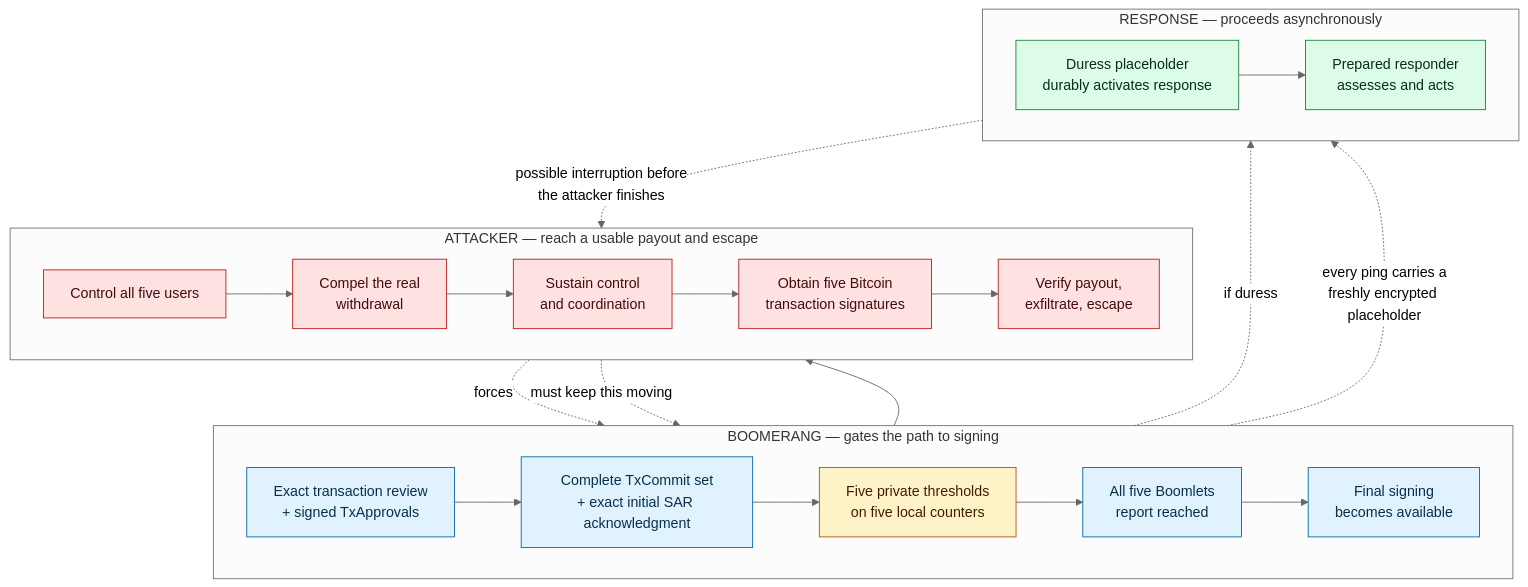
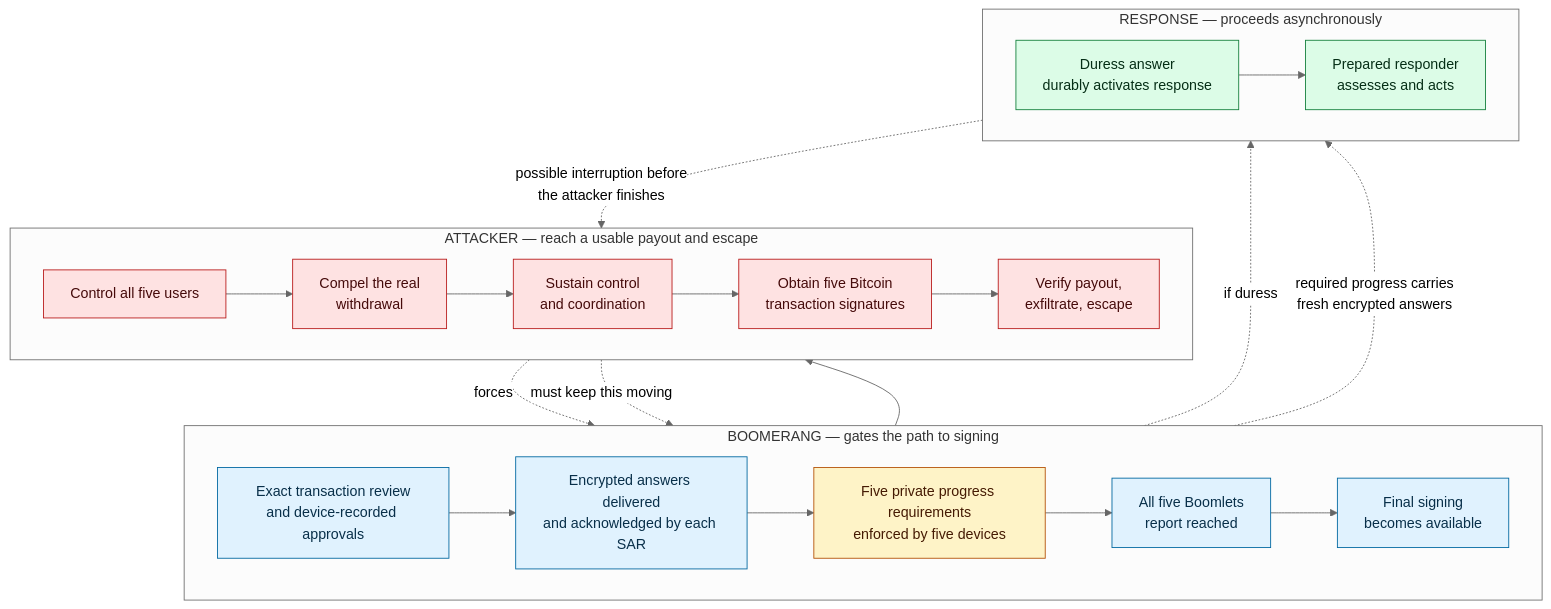
Before and after one commit to cogwheel26/boomerang_design: the first of 6 diagrams in README.md, drawn with Mermaid (neutral theme). The commit also changed other lines of this file, not shown here.

````diff
--- a/README.md
+++ b/README.md
@@ -57,39 +95,39 @@
 ```mermaid
 flowchart TB
     subgraph ATT["ATTACKER — reach a usable payout and escape"]
         direction LR
         A1["Control all five users"] --> A2["Compel the real<br/>withdrawal"]
         A2 --> A3["Sustain control<br/>and coordination"]
         A3 --> A4["Obtain five Bitcoin<br/>transaction signatures"]
         A4 --> A5["Verify payout,<br/>exfiltrate, escape"]
     end
 
     subgraph PRO["BOOMERANG — gates the path to signing"]
         direction LR
-        B1["Exact transaction review<br/>+ signed TxApprovals"] --> B2["Complete TxCommit set<br/>+ exact initial SAR acknowledgment"]
-        B2 --> B3["Five private thresholds<br/>on five local counters"]
+        B1["Exact transaction review<br/>and device-recorded approvals"] --> B2["Encrypted answers delivered<br/>and acknowledged by each SAR"]
+        B2 --> B3["Five private progress requirements<br/>enforced by five devices"]
         B3 --> B4["All five Boomlets<br/>report reached"]
         B4 --> B5["Final signing<br/>becomes available"]
     end
 
     subgraph RES["RESPONSE — proceeds asynchronously"]
         direction LR
-        R1["Duress placeholder<br/>durably activates response"] --> R2["Prepared responder<br/>assesses and acts"]
+        R1["Duress answer<br/>durably activates response"] --> R2["Prepared responder<br/>assesses and acts"]
     end
 
     A2 -. "forces" .-> B1
     A3 -. "must keep this moving" .-> B3
     B5 --> A4
     B2 -. "if duress" .-> R1
-    B3 -. "every ping carries a<br/>freshly encrypted placeholder" .-> R1
+    B3 -. "required progress carries<br/>fresh encrypted answers" .-> R1
     R2 -. "possible interruption before<br/>the attacker finishes" .-> A5
 
     classDef attacker fill:#fee2e2,stroke:#b91c1c,color:#450a0a
     classDef protocol fill:#e0f2fe,stroke:#0369a1,color:#082f49
     classDef uncertainty fill:#fef3c7,stroke:#b45309,color:#451a03
     classDef response fill:#dcfce7,stroke:#15803d,color:#052e16
     class A1,A2,A3,A4,A5 attacker
     class B1,B2,B4,B5 protocol
     class B3 uncertainty
     class R1,R2 response
 ```
````
